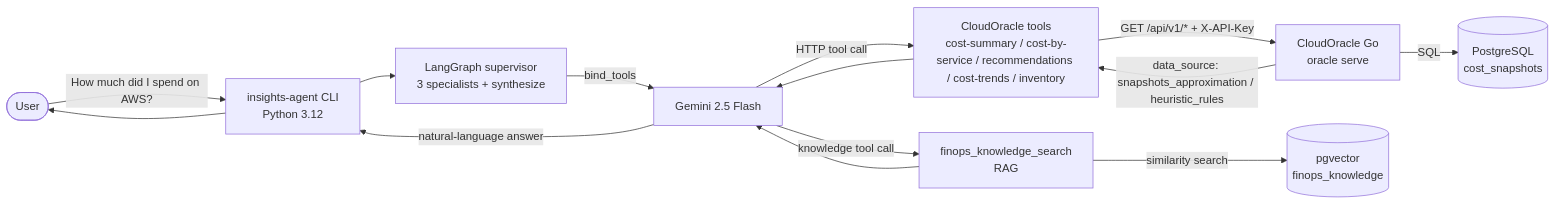
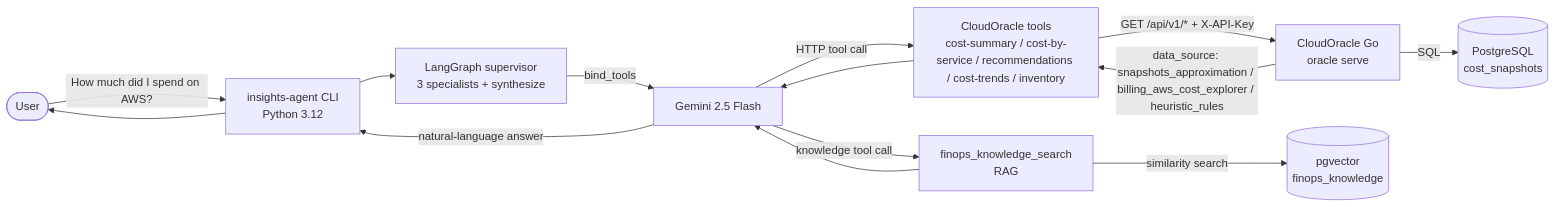
Before and after one commit to Cro22/CloudOracle: the diagram in README.md, drawn with Mermaid. The commit also changed other lines of this file and 13 other files, not shown here.

First line of the commit message:
feat(billing): AWS Cost Explorer source behind a billing.Source abstraction (8.7)

````diff
--- a/README.md
+++ b/README.md
@@ -18,16 +18,16 @@
 ```mermaid
 flowchart LR
     U([User]) -->|"How much did I spend on AWS?"| CLI[insights-agent CLI<br/>Python 3.12]
     CLI --> G[LangGraph supervisor<br/>3 specialists + synthesize]
     G -->|"bind_tools"| LLM[Gemini 2.5 Flash]
     LLM -->|"HTTP tool call"| T[CloudOracle tools<br/>cost-summary / cost-by-service / recommendations / cost-trends / inventory]
     T -->|"GET /api/v1/* + X-API-Key"| GO[CloudOracle Go<br/>oracle serve]
     GO -->|"SQL"| DB[(PostgreSQL<br/>cost_snapshots)]
-    GO -->|"data_source: snapshots_approximation / heuristic_rules"| T
+    GO -->|"data_source: snapshots_approximation / billing_aws_cost_explorer / heuristic_rules"| T
     LLM -->|"knowledge tool call"| R[finops_knowledge_search<br/>RAG]
     R -->|"similarity search"| VDB[(pgvector<br/>finops_knowledge)]
     T --> LLM
     R --> LLM
     LLM -->|"natural-language answer"| CLI
     CLI --> U
 ```
````
